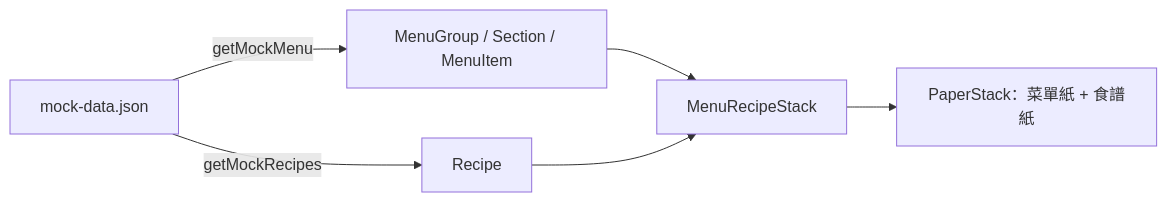
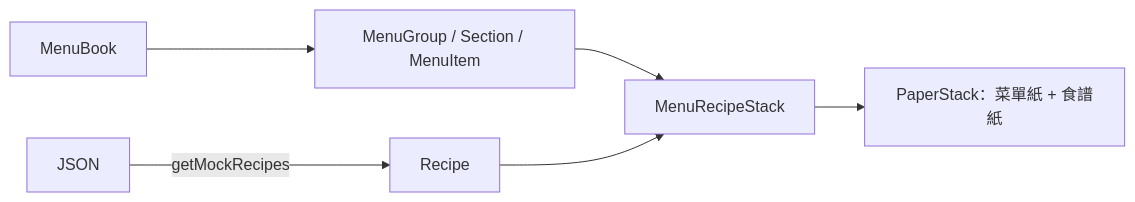
One commit to piercelin11/epifolio changed the first of 2 diagrams in docs/features/paper-stack.md. Above: the diagram before and after it, drawn with Mermaid. The commit also changed other lines of this file and 6 other files, not shown here.

````diff
--- a/docs/features/paper-stack.md
+++ b/docs/features/paper-stack.md
@@ -24,8 +23,8 @@
 ```mermaid
 flowchart LR
-    JSON[mock-data.json] -->|getMockMenu| MENU[MenuGroup / Section / MenuItem]
+    BOOK[MenuBook] --> MENU[MenuGroup / Section / MenuItem]
     JSON -->|getMockRecipes| RECIPE[Recipe]
     MENU --> STACK[MenuRecipeStack]
     RECIPE --> STACK
     STACK --> PS[PaperStack：菜單紙 + 食譜紙]
 ```
````
